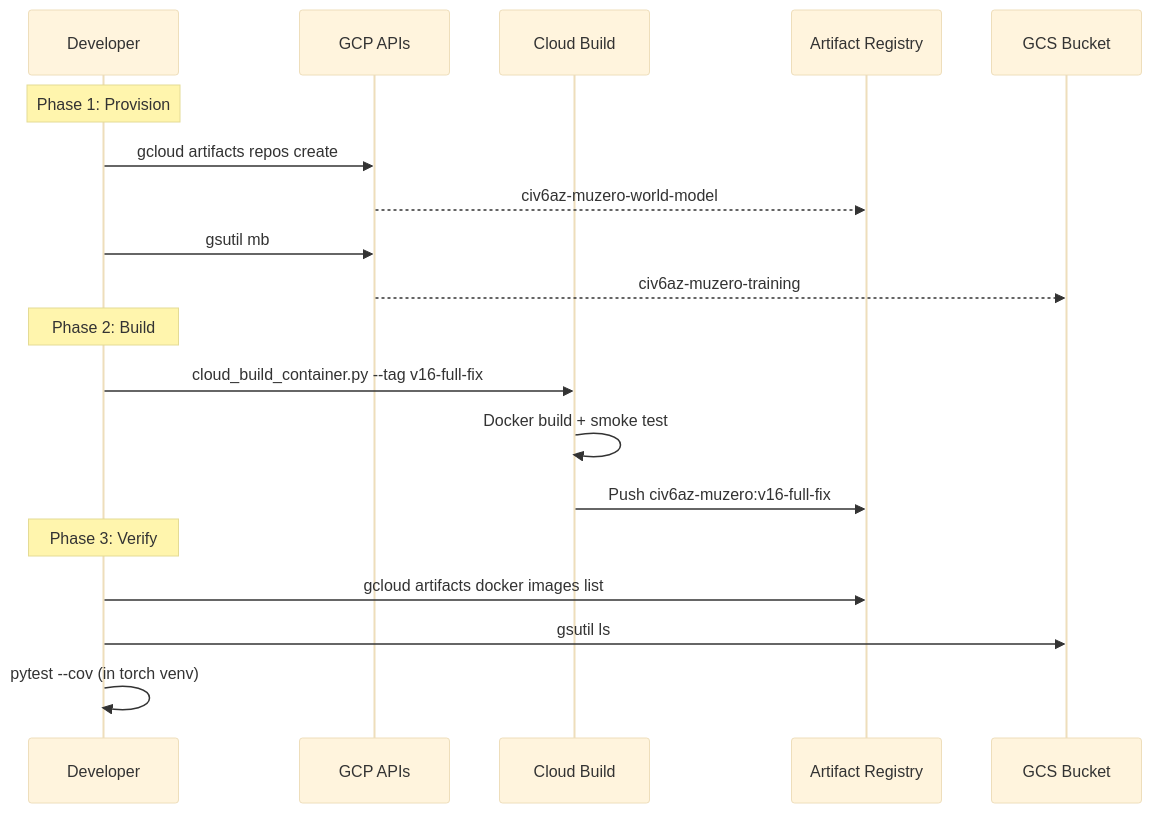
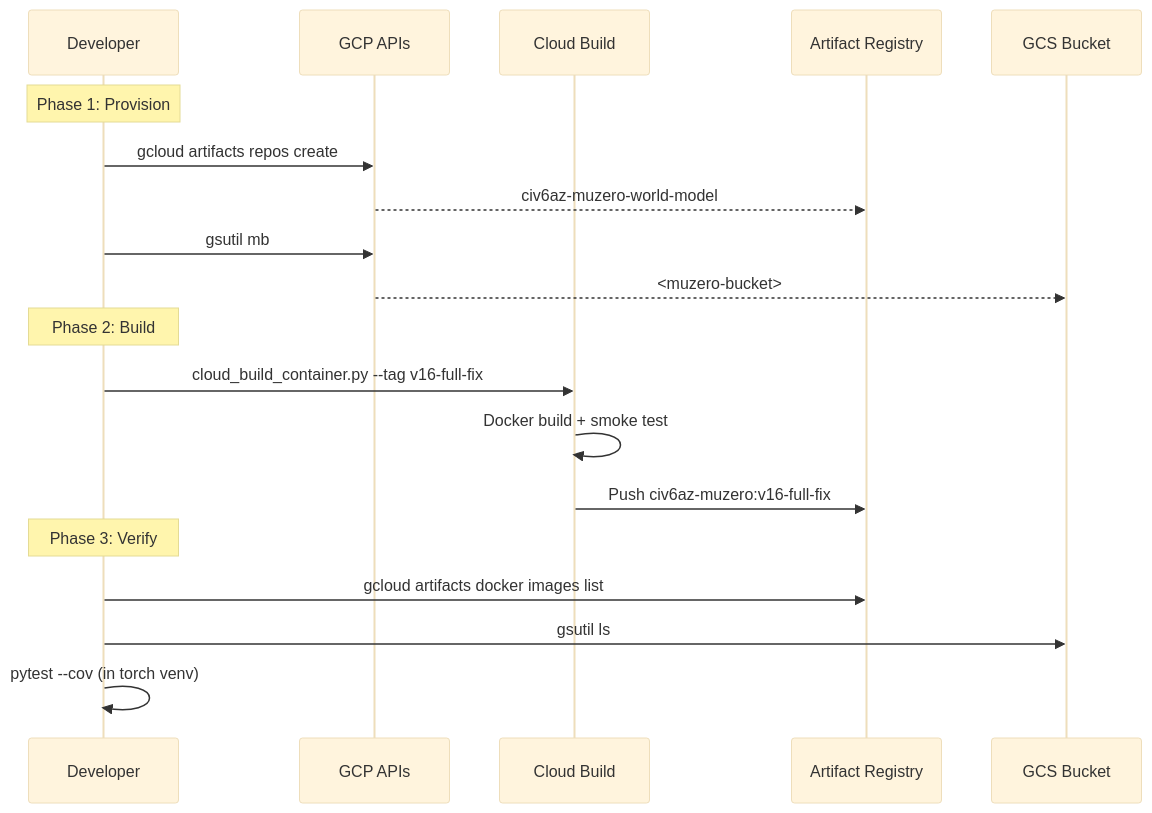
The second of 2 diagrams in docs/architecture/adr/0003-gcp-resource-deployment.md (Mango-Metrics-NLM/Civ6-AlphaZero), drawn with Mermaid (base theme) before and after one commit. The commit also changed other lines of this file and 119 other files, not shown here.

````diff
--- a/docs/architecture/adr/0003-gcp-resource-deployment.md
+++ b/docs/architecture/adr/0003-gcp-resource-deployment.md
@@ -48,24 +48,24 @@
 ```mermaid
 sequenceDiagram
     participant Dev as Developer
     participant GCP as GCP APIs
     participant CB as Cloud Build
     participant AR as Artifact Registry
     participant GCS as GCS Bucket
 
     Note over Dev: Phase 1: Provision
     Dev->>GCP: gcloud artifacts repos create
     GCP-->>AR: civ6az-muzero-world-model
     Dev->>GCP: gsutil mb
-    GCP-->>GCS: civ6az-muzero-training
+    GCP-->>GCS: <muzero-bucket>
 
     Note over Dev: Phase 2: Build
     Dev->>CB: cloud_build_container.py --tag v16-full-fix
     CB->>CB: Docker build + smoke test
     CB->>AR: Push civ6az-muzero:v16-full-fix
 
     Note over Dev: Phase 3: Verify
     Dev->>AR: gcloud artifacts docker images list
     Dev->>GCS: gsutil ls
     Dev->>Dev: pytest --cov (in torch venv)
 ```
````
